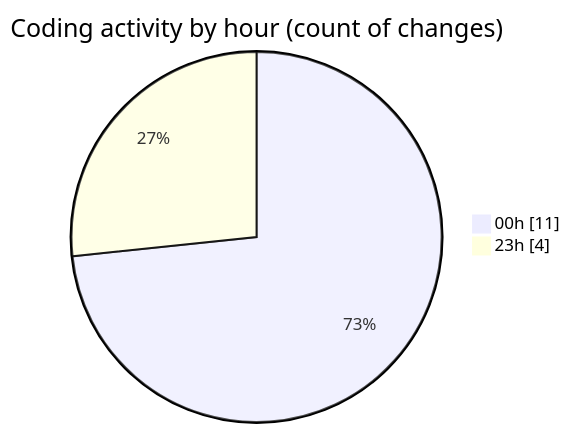
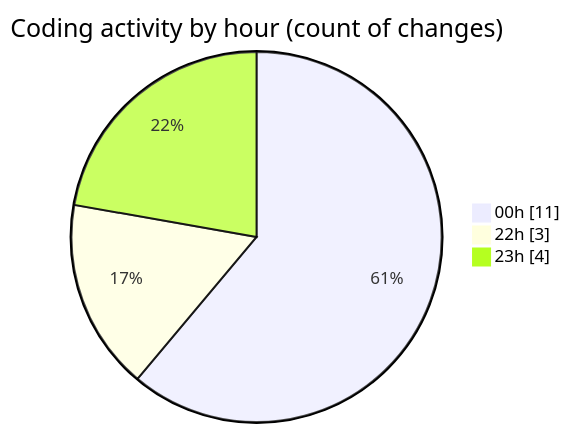
Before and after one commit to hasnaa123/code-tracking: the second of 2 diagrams in 2026-11-26/taskforge/README.md, drawn with Mermaid. The commit also changed other lines of this file and 1 other file, not shown here.

````diff
--- a/2026-11-26/taskforge/README.md
+++ b/2026-11-26/taskforge/README.md
@@ -28,6 +28,7 @@
 ```mermaid
 pie showData
 title Coding activity by hour (count of changes)
 "00h" : 11
+"22h" : 3
 "23h" : 4
 ```
````
